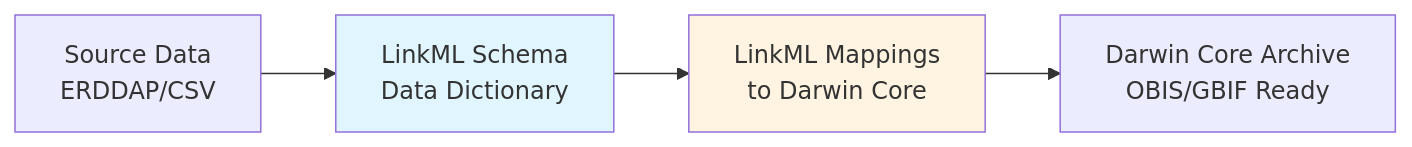
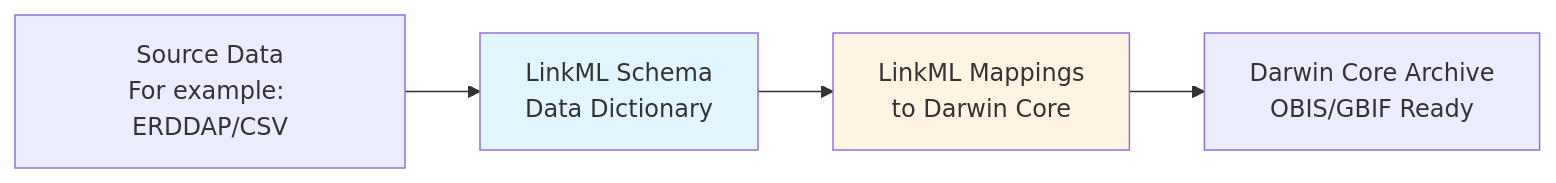
Before and after one commit to sformel/IA_fisheries_trawl: the second of 2 diagrams in docs/index.md, drawn with Mermaid. The commit also changed other lines of this file and 4 other files, not shown here.

Commit message:
updated schema document generation

````diff
--- a/docs/index.md
+++ b/docs/index.md
@@ -21,9 +23,9 @@
 ```mermaid
 graph LR
-    A[Source Data<br/>ERDDAP/CSV] --> B[LinkML Schema<br/>Data Dictionary]
+    A[Source Data<br/>For example: ERDDAP/CSV] --> B[LinkML Schema<br/>Data Dictionary]
     B --> C[LinkML Mappings<br/>to Darwin Core]
     C --> D[Darwin Core Archive<br/>OBIS/GBIF Ready]
     
     style B fill:#e1f5ff
     style C fill:#fff4e1
 ```
````
